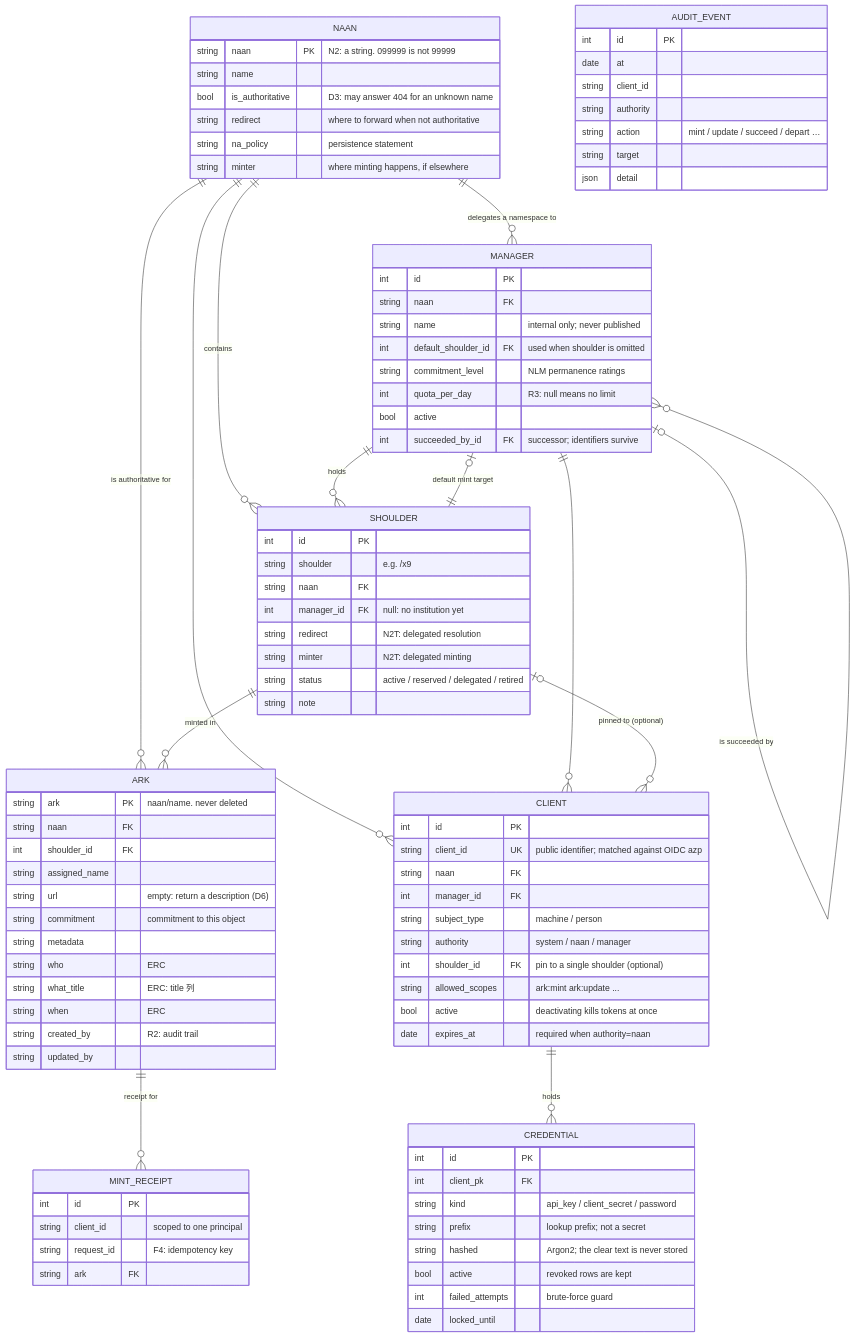
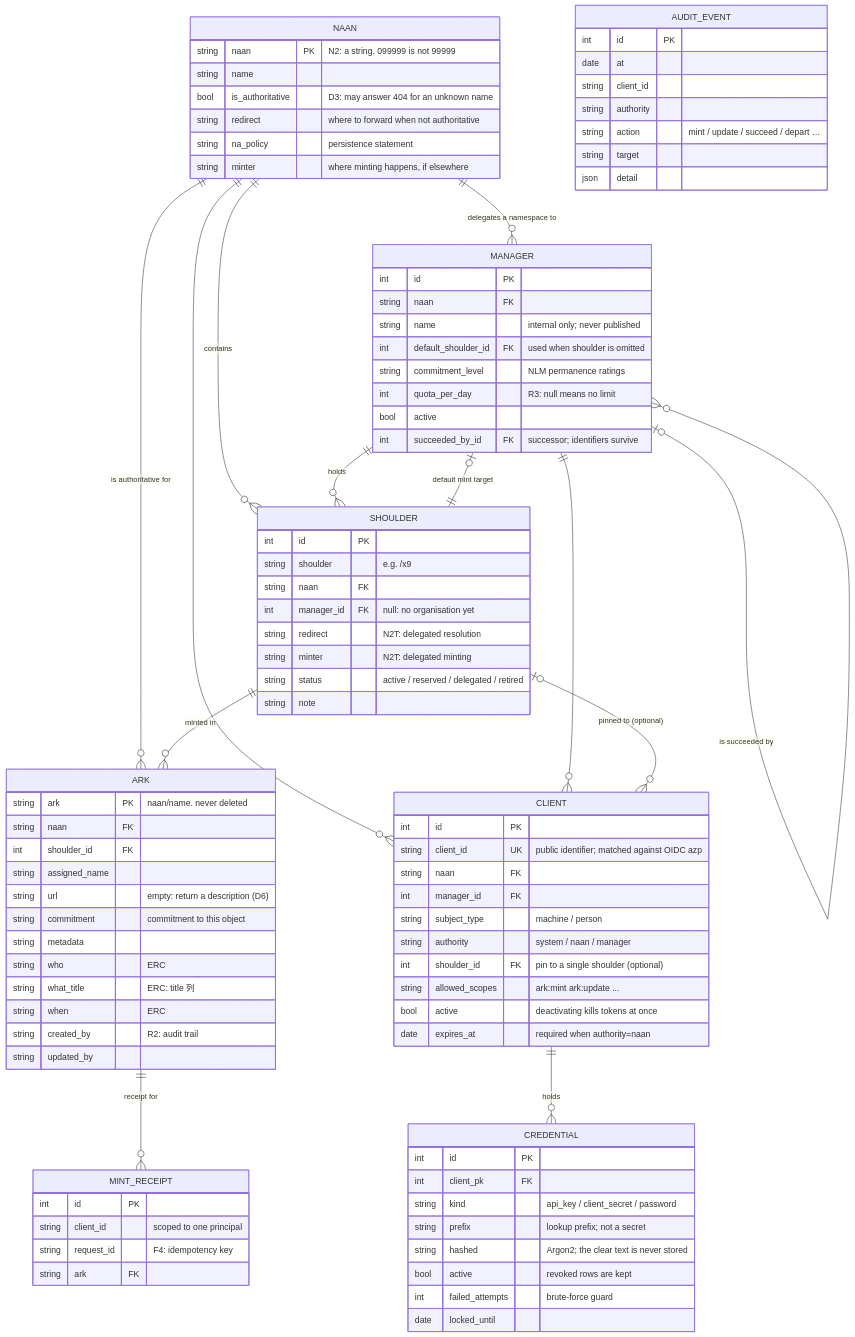
Before and after one commit to RCOSDP/arkhe: the diagram in docs/reference/data-model.md, drawn with Mermaid. The commit also changed other lines of this file and 62 other files, not shown here.

```diff
--- a/docs/reference/data-model.md
+++ b/docs/reference/data-model.md
@@ -46,7 +46,7 @@
         int    id PK
         string shoulder "e.g. /x9"
         string naan FK
-        int    manager_id FK "null: no institution yet"
+        int    manager_id FK "null: no organisation yet"
         string redirect "N2T: delegated resolution"
         string minter "N2T: delegated minting"
         string status "active / reserved / delegated / retired"
```
